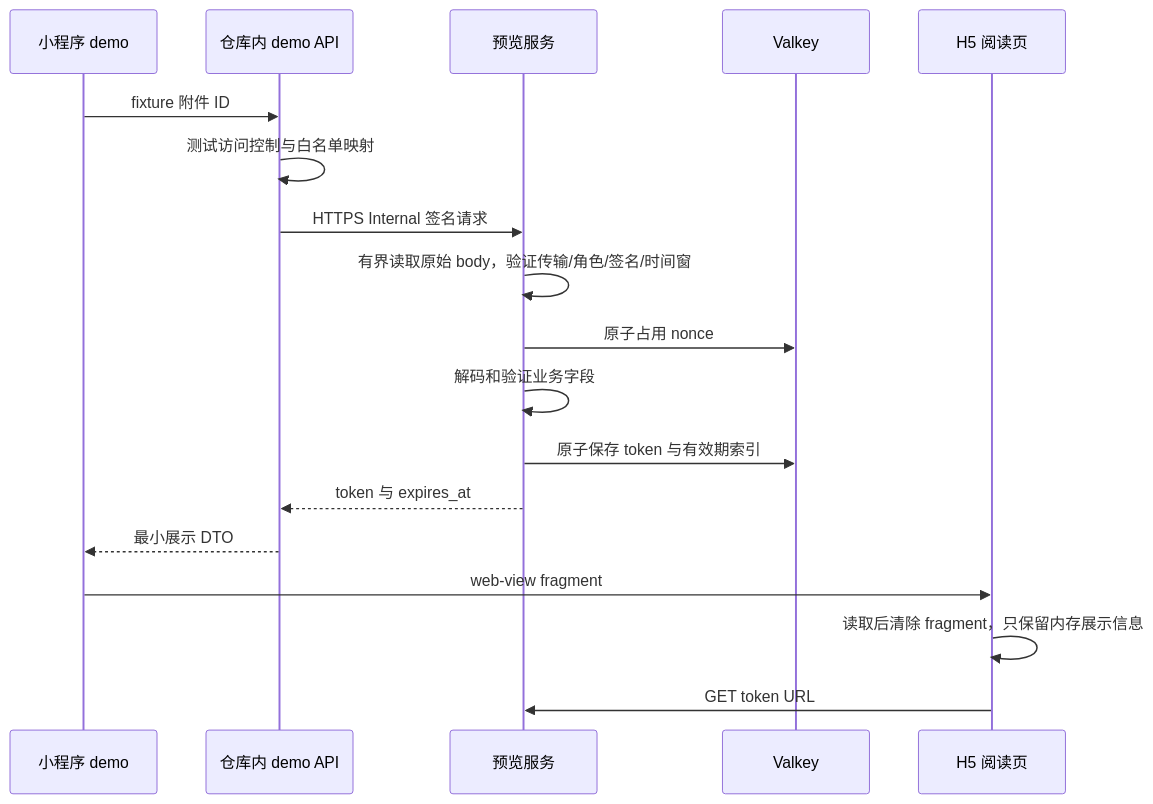
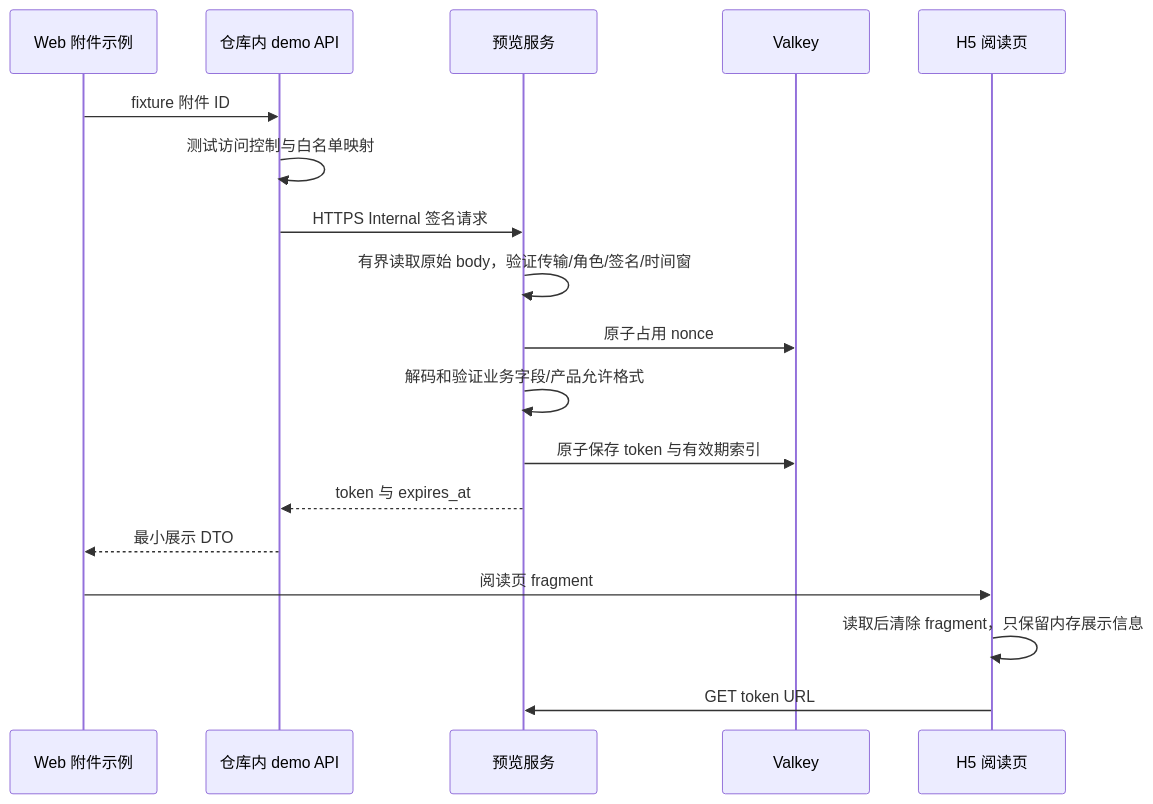
Before and after one commit to ilovintit/file-preview-server: the first of 2 diagrams in docs/architecture/runtime.md, drawn with Mermaid. The commit also changed other lines of this file and 19 other files, not shown here.

````diff
--- a/docs/architecture/runtime.md
+++ b/docs/architecture/runtime.md
@@ -7,20 +7,20 @@
 ```mermaid
 sequenceDiagram
-    participant M as 小程序 demo
+    participant M as Web 附件示例
     participant D as 仓库内 demo API
     participant A as 预览服务
     participant V as Valkey
     participant H as H5 阅读页
     M->>D: fixture 附件 ID
     D->>D: 测试访问控制与白名单映射
     D->>A: HTTPS Internal 签名请求
     A->>A: 有界读取原始 body，验证传输/角色/签名/时间窗
     A->>V: 原子占用 nonce
-    A->>A: 解码和验证业务字段
+    A->>A: 解码和验证业务字段/产品允许格式
     A->>V: 原子保存 token 与有效期索引
     A-->>D: token 与 expires_at
     D-->>M: 最小展示 DTO
-    M->>H: web-view fragment
+    M->>H: 阅读页 fragment
     H->>H: 读取后清除 fragment，只保留内存展示信息
     H->>A: GET token URL
 ```
````
